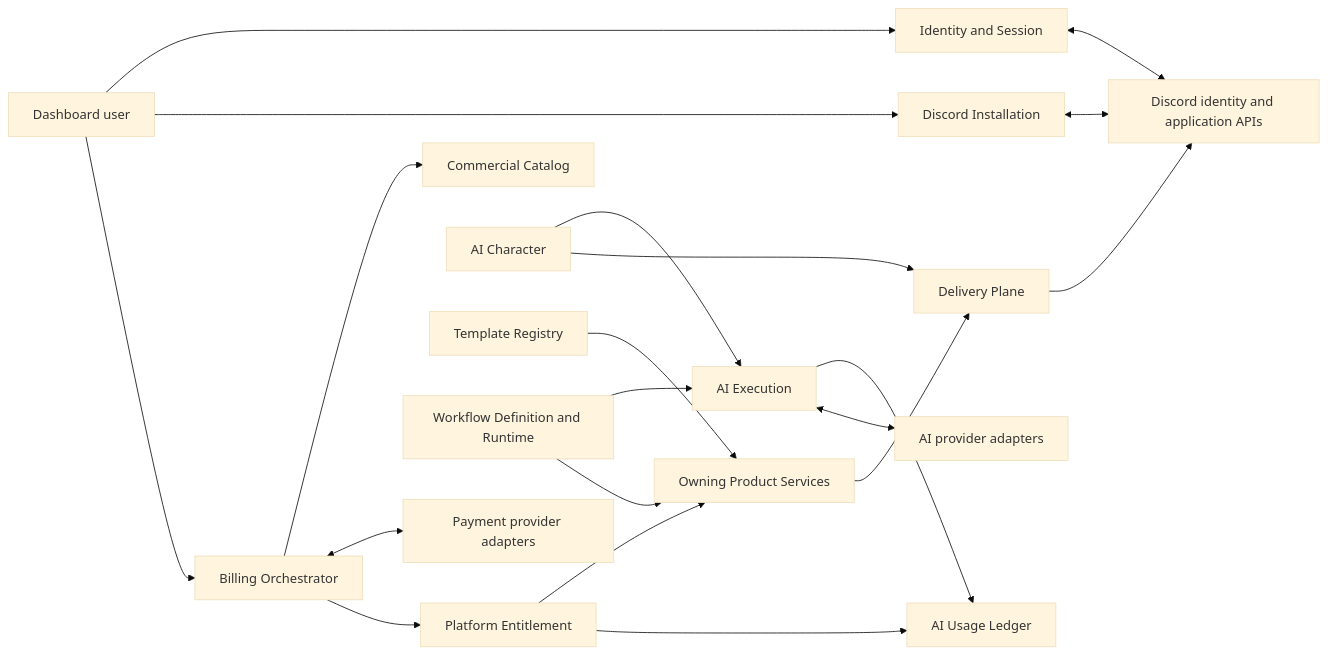
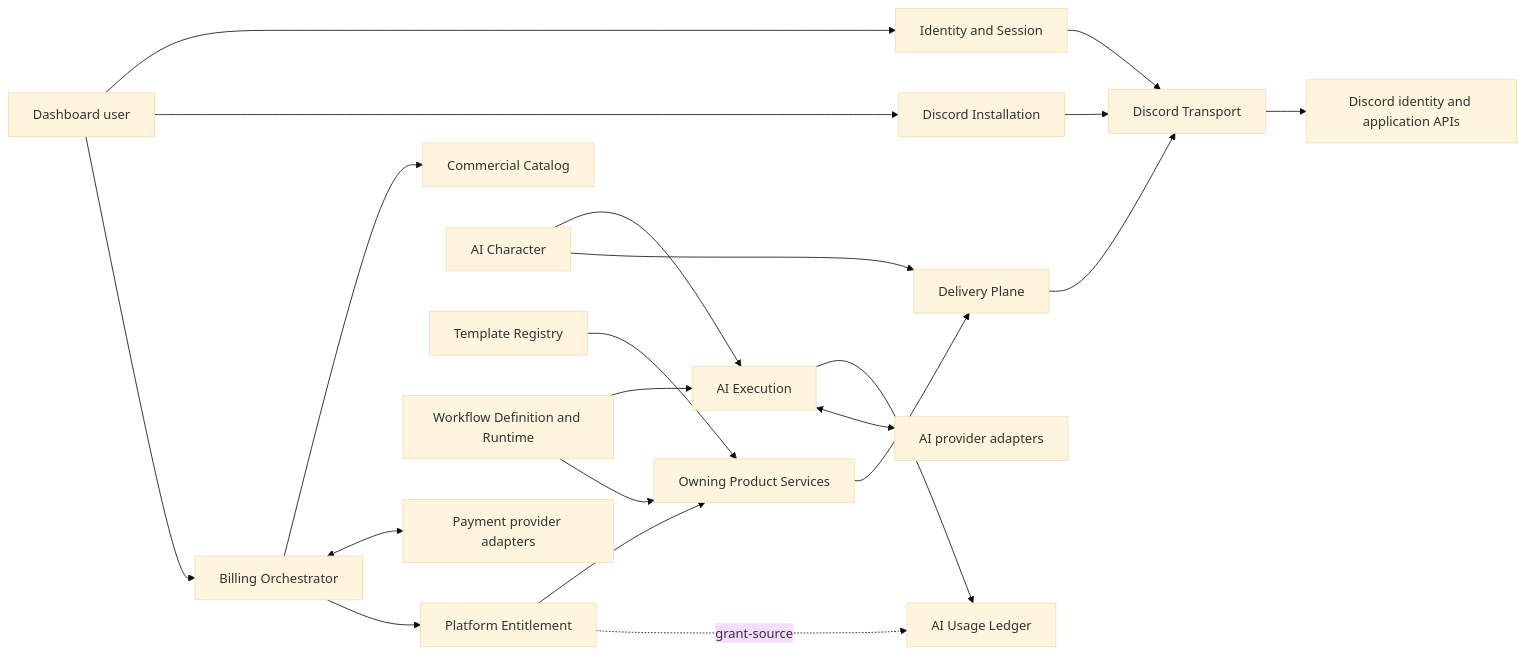
Before and after one commit to obsidia-systems/Discord-Bot-Open-Source: the diagram in docs/architecture/23-platform-access-commercial-ai.md, drawn with Mermaid (base theme). The commit also changed other lines of this file and 27 other files, not shown here.

First line of the commit message:
feat(architecture): add comprehensive architecture review documentation

````diff
--- a/docs/architecture/23-platform-access-commercial-ai.md
+++ b/docs/architecture/23-platform-access-commercial-ai.md
@@ -24,40 +24,42 @@
 ```mermaid
 flowchart LR
     User[Dashboard user]
     Discord[Discord identity and application APIs]
     Payment[Payment provider adapters]
     AIProvider[AI provider adapters]
 
     Identity[Identity and Session]
     Install[Discord Installation]
+    Transport[Discord Transport]
     Catalog[Commercial Catalog]
     Billing[Billing Orchestrator]
     PlatformEntitlement[Platform Entitlement]
     AILedger[AI Usage Ledger]
     AIExecution[AI Execution]
     Character[AI Character]
     Template[Template Registry]
     Workflow[Workflow Definition and Runtime]
     Modules[Owning Product Services]
     Delivery[Delivery Plane]
 
     User --> Identity
-    Identity <--> Discord
+    Identity --> Transport
     User --> Install
-    Install <--> Discord
+    Install --> Transport
+    Transport --> Discord
     User --> Billing
     Billing --> Catalog
     Billing <--> Payment
     Billing --> PlatformEntitlement
     PlatformEntitlement --> Modules
-    PlatformEntitlement --> AILedger
+    PlatformEntitlement -. grant-source .-> AILedger
     Character --> AIExecution
     Workflow --> AIExecution
     AIExecution --> AILedger
     AIExecution <--> AIProvider
     Template --> Modules
     Workflow --> Modules
     Character --> Delivery
     Modules --> Delivery
-    Delivery --> Discord
+    Delivery --> Transport
 ```
````
